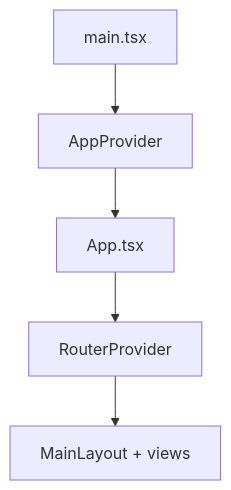
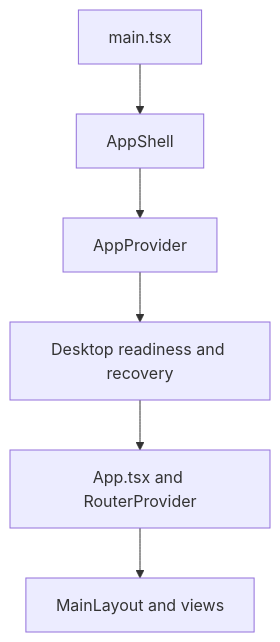
One commit to gvastethecreator/media-manager changed the second of 2 diagrams in docs/core/FRONTEND-GUIDE.md. Above: the diagram before and after it, drawn with Mermaid. The commit also changed other lines of this file and 1 other file, not shown here.

````diff
--- a/docs/core/FRONTEND-GUIDE.md
+++ b/docs/core/FRONTEND-GUIDE.md
@@ -23,7 +23,8 @@
 ```mermaid
 flowchart TD
-    A[main.tsx] --> B[AppProvider]
-    B --> C[App.tsx]
-    C --> D[RouterProvider]
-    D --> E[MainLayout + views]
+    A[main.tsx] --> B[AppShell]
+    B --> C[AppProvider]
+    C --> D[Desktop readiness and recovery]
+    D --> E[App.tsx and RouterProvider]
+    E --> F[MainLayout and views]
 ```
````
